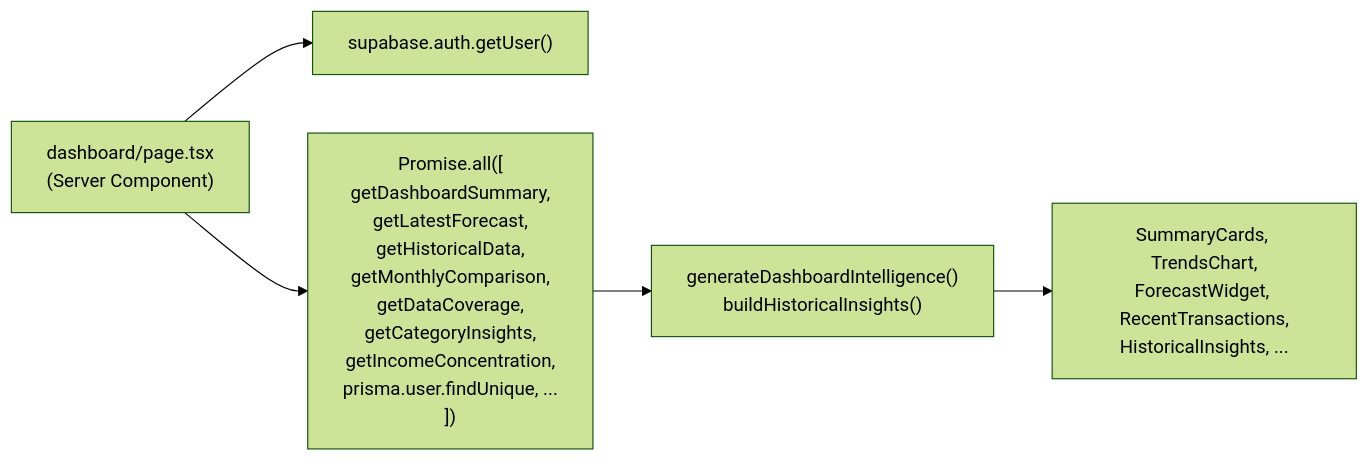
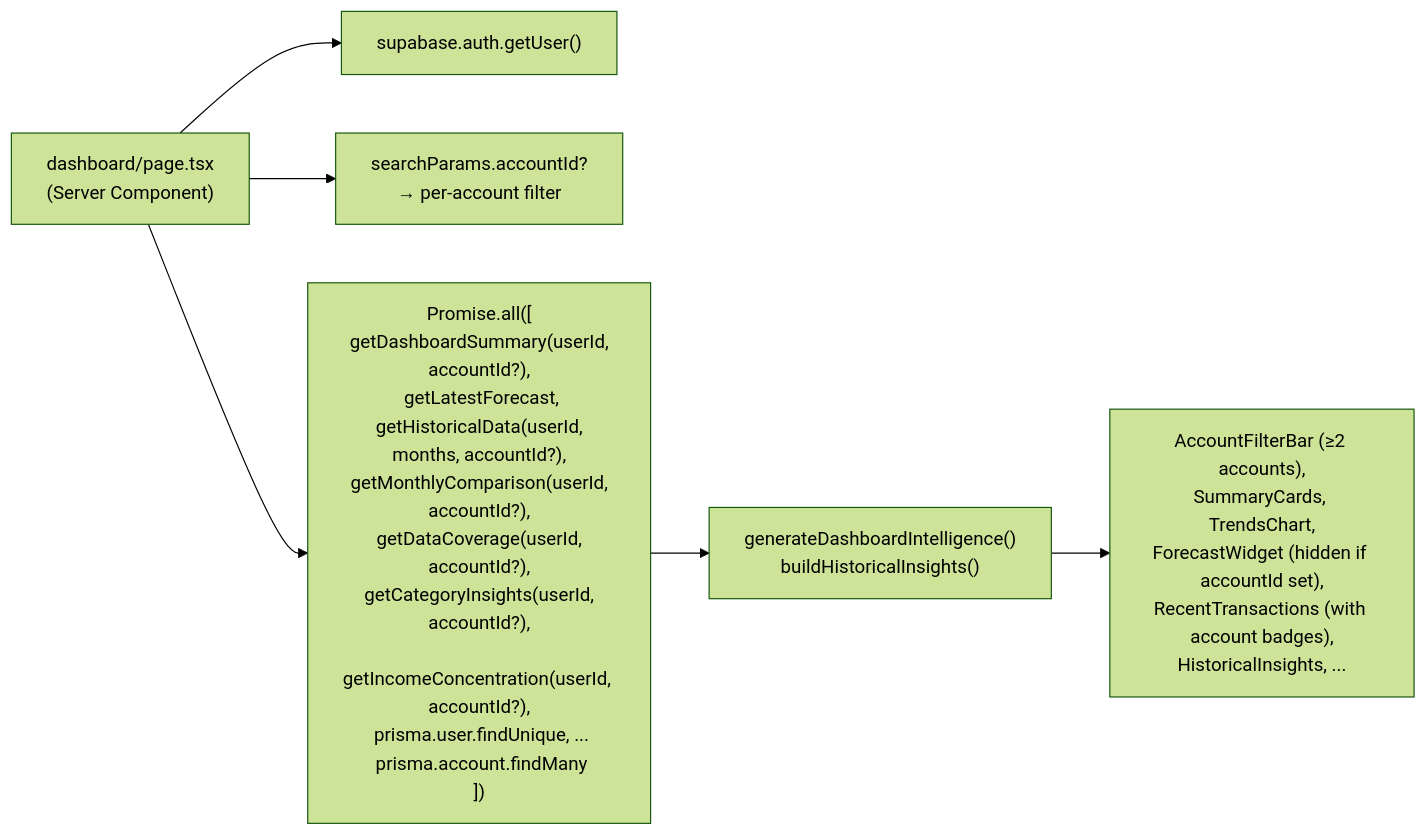
The second of 5 diagrams in docs/ARCHITECTURE.md (Robert-A2/freelancer-dashboard), drawn with Mermaid (forest theme) before and after one commit. The commit also changed other lines of this file and 4 other files, not shown here.

First line of the commit message:
docs: sync all docs with per-account filter, transfer detector, payer APIs, and DB pooling

````diff
--- a/docs/ARCHITECTURE.md
+++ b/docs/ARCHITECTURE.md
@@ -179,7 +186,8 @@
 ```mermaid
 flowchart LR
     Page["dashboard/page.tsx\n(Server Component)"] --> Auth["supabase.auth.getUser()"]
-    Page --> PA["Promise.all([\n getDashboardSummary,\n getLatestForecast,\n getHistoricalData,\n getMonthlyComparison,\n getDataCoverage,\n getCategoryInsights,\n getIncomeConcentration,\n prisma.user.findUnique, ...\n])"]
+    Page --> AID["searchParams.accountId?\n→ per-account filter"]
+    Page --> PA["Promise.all([\n getDashboardSummary(userId, accountId?),\n getLatestForecast,\n getHistoricalData(userId, months, accountId?),\n getMonthlyComparison(userId, accountId?),\n getDataCoverage(userId, accountId?),\n getCategoryInsights(userId, accountId?),\n getIncomeConcentration(userId, accountId?),\n prisma.user.findUnique, ...\n prisma.account.findMany\n])"]
     PA --> Intel["generateDashboardIntelligence()\nbuildHistoricalInsights()"]
-    Intel --> Render["SummaryCards, TrendsChart,\nForecastWidget, RecentTransactions,\nHistoricalInsights, ..."]
+    Intel --> Render["AccountFilterBar (≥2 accounts),\nSummaryCards, TrendsChart,\nForecastWidget (hidden if accountId set),\nRecentTransactions (with account badges),\nHistoricalInsights, ..."]
 ```
````
